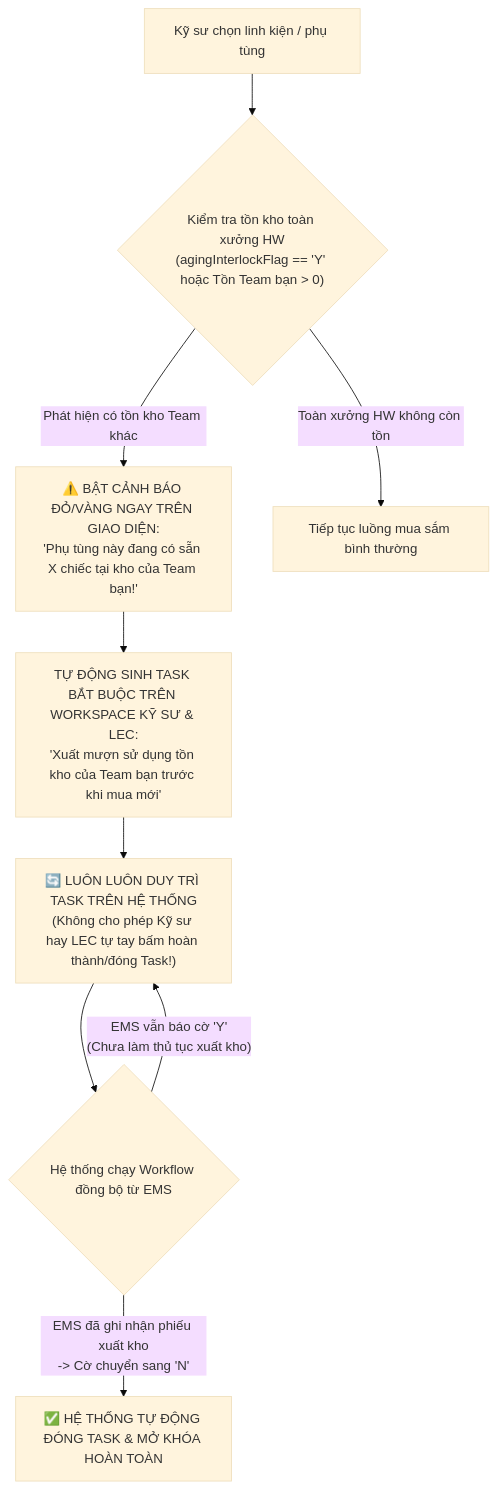
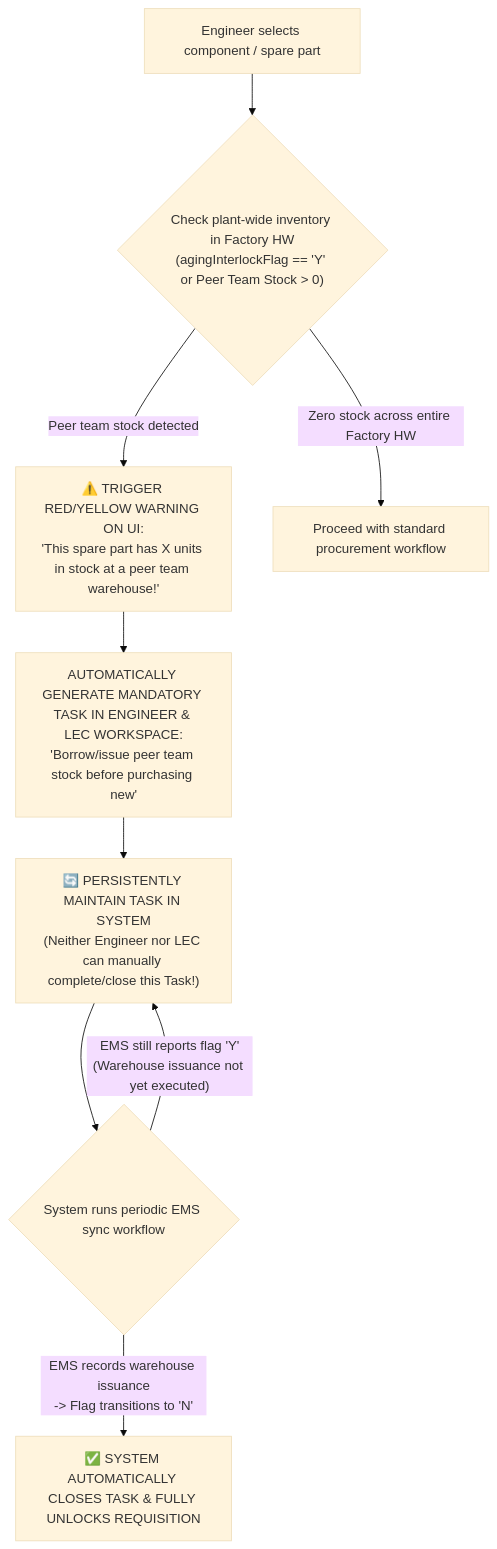
The diagram in procurement-system/02-requestor-and-leader-portal/01-requestor-requisition-workbench.md (longphamduc-vn/ops-workflow), drawn with Mermaid (base theme) before and after one commit. The commit also changed other lines of this file and 28 other files, not shown here.

````diff
--- a/procurement-system/02-requestor-and-leader-portal/01-requestor-requisition-workbench.md
+++ b/procurement-system/02-requestor-and-leader-portal/01-requestor-requisition-workbench.md
@@ -11,17 +11,17 @@
 ```mermaid
 flowchart TD
-    ReqCreate["Kỹ sư chọn linh kiện / phụ tùng"] --> ScanStock{"Kiểm tra tồn kho toàn xưởng HW\n(agingInterlockFlag == 'Y' hoặc Tồn Team bạn > 0)"}
+    ReqCreate["Engineer selects component / spare part"] --> ScanStock{"Check plant-wide inventory in Factory HW\n(agingInterlockFlag == 'Y' or Peer Team Stock > 0)"}
     
-    ScanStock -->|"Phát hiện có tồn kho Team khác"| AlertUI["⚠️ BẬT CẢNH BÁO ĐỎ/VÀNG NGAY TRÊN GIAO DIỆN:\n'Phụ tùng này đang có sẵn X chiếc tại kho của Team bạn!'"]
+    ScanStock -->|"Peer team stock detected"| AlertUI["⚠️ TRIGGER RED/YELLOW WARNING ON UI:\n'This spare part has X units in stock at a peer team warehouse!'"]
     
-    AlertUI --> GenTask["TỰ ĐỘNG SINH TASK BẮT BUỘC TRÊN WORKSPACE KỸ SƯ & LEC:\n'Xuất mượn sử dụng tồn kho của Team bạn trước khi mua mới'"]
+    AlertUI --> GenTask["AUTOMATICALLY GENERATE MANDATORY TASK IN ENGINEER & LEC WORKSPACE:\n'Borrow/issue peer team stock before purchasing new'"]
     
-    GenTask --> Persist["🔄 LUÔN LUÔN DUY TRÌ TASK TRÊN HỆ THỐNG\n(Không cho phép Kỹ sư hay LEC tự tay bấm hoàn thành/đóng Task!)"]
+    GenTask --> Persist["🔄 PERSISTENTLY MAINTAIN TASK IN SYSTEM\n(Neither Engineer nor LEC can manually complete/close this Task!)"]
     
-    Persist --> PollEMS{"Hệ thống chạy Workflow đồng bộ từ EMS"}
+    Persist --> PollEMS{"System runs periodic EMS sync workflow"}
     
-    PollEMS -->|"EMS vẫn báo cờ 'Y'\n(Chưa làm thủ tục xuất kho)"| Persist
-    PollEMS -->|"EMS đã ghi nhận phiếu xuất kho\n-> Cờ chuyển sang 'N'"| AutoClose["✅ HỆ THỐNG TỰ ĐỘNG ĐÓNG TASK & MỞ KHÓA HOÀN TOÀN"]
+    PollEMS -->|"EMS still reports flag 'Y'\n(Warehouse issuance not yet executed)"| Persist
+    PollEMS -->|"EMS records warehouse issuance\n-> Flag transitions to 'N'"| AutoClose["✅ SYSTEM AUTOMATICALLY CLOSES TASK & FULLY UNLOCKS REQUISITION"]
     
-    ScanStock -->|"Toàn xưởng HW không còn tồn"| NormalProc["Tiếp tục luồng mua sắm bình thường"]
+    ScanStock -->|"Zero stock across entire Factory HW"| NormalProc["Proceed with standard procurement workflow"]
 ```
````
